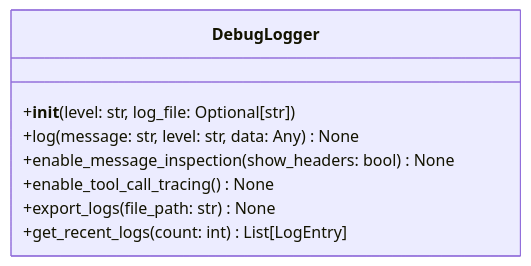
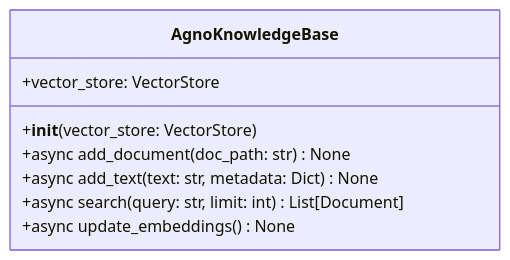
Before and after one commit to NewAITees/ollama-mcp-client-webapp: the third of 5 diagrams in docs/API_DOCUMENTATION.md, drawn with Mermaid. The commit also changed other lines of this file and 18 other files, not shown here.

````diff
--- a/docs/API_DOCUMENTATION.md
+++ b/docs/API_DOCUMENTATION.md
@@ -96,11 +112,11 @@
 ```mermaid
 classDiagram
-    class DebugLogger {
-        +__init__(level: str, log_file: Optional[str])
-        +log(message: str, level: str, data: Any) None
-        +enable_message_inspection(show_headers: bool) None
-        +enable_tool_call_tracing() None
-        +export_logs(file_path: str) None
-        +get_recent_logs(count: int) List[LogEntry]
+    class AgnoKnowledgeBase {
+        +__init__(vector_store: VectorStore)
+        +async add_document(doc_path: str) None
+        +async add_text(text: str, metadata: Dict) None
+        +async search(query: str, limit: int) List[Document]
+        +async update_embeddings() None
+        +vector_store: VectorStore
     }
 ```
````
